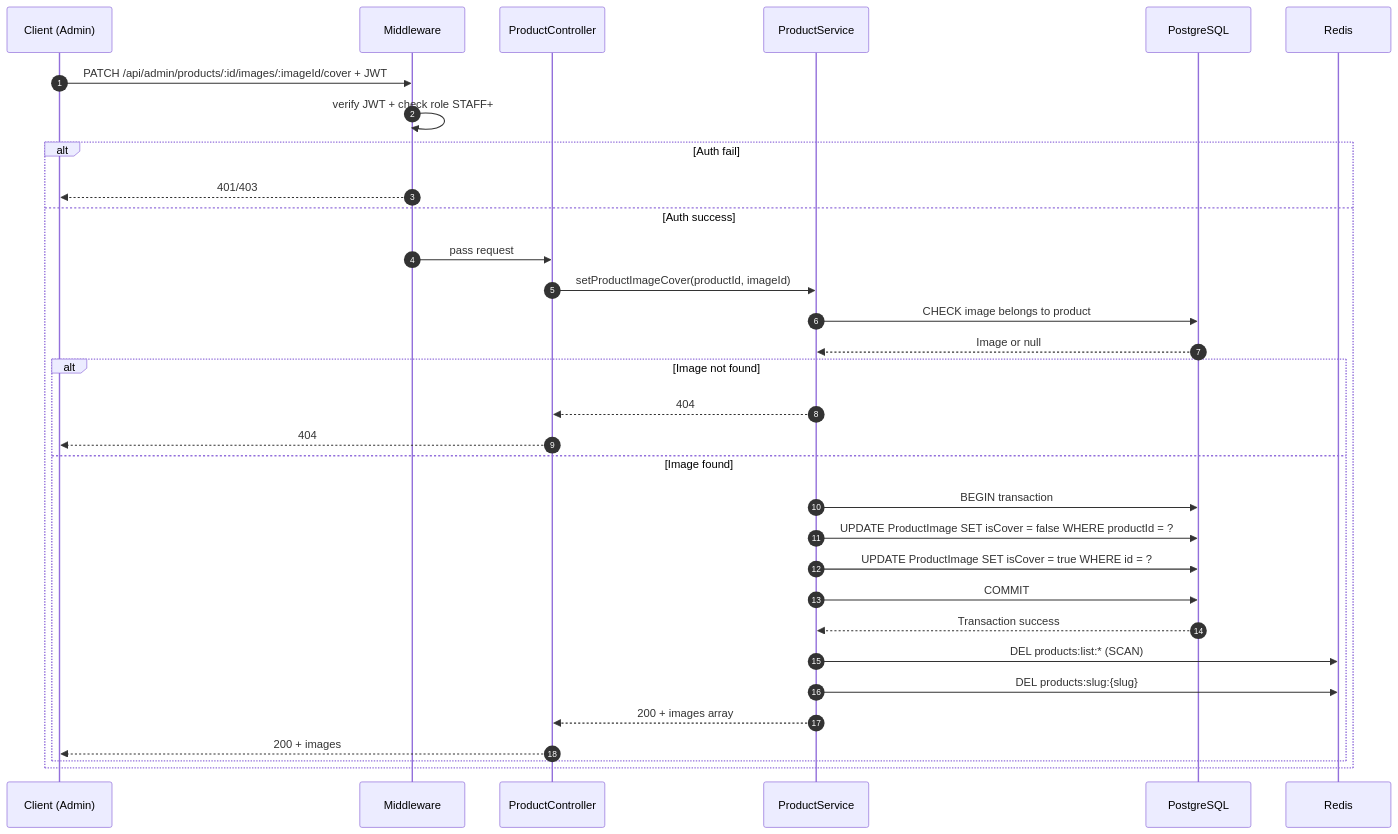
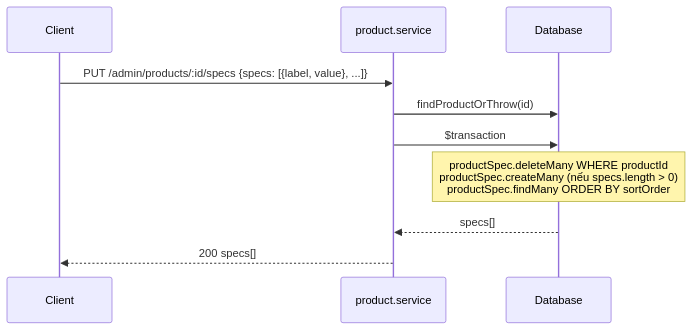
One commit to phamvinh203/mobivexa changed the sixth of 7 diagrams in docs/Product/SequenceDiagram.md. Above: the diagram before and after it, drawn with Mermaid. The commit also changed other lines of this file and 79 other files, not shown here.

Commit message:
📜 Add documentation for Inventory and Favorite modules including Use Cases, API Specifications, and Activity Diagrams

````diff
--- a/docs/Product/SequenceDiagram.md
+++ b/docs/Product/SequenceDiagram.md
@@ -460,35 +130,13 @@
 ```mermaid
 sequenceDiagram
-    autonumber
-    participant C as Client (Admin)
-    participant M as Middleware
-    participant API as ProductController
-    participant S as ProductService
-    participant DB as PostgreSQL
-    participant R as Redis
+    participant C as Client
+    participant S as product.service
+    participant DB as Database
 
-    C->>M: PATCH /api/admin/products/:id/images/:imageId/cover + JWT
-    M->>M: verify JWT + check role STAFF+
-    alt Auth fail
-        M-->>C: 401/403
-    else Auth success
-        M->>API: pass request
-        API->>S: setProductImageCover(productId, imageId)
-        S->>DB: CHECK image belongs to product
-        DB-->>S: Image or null
-        alt Image not found
-            S-->>API: 404
-            API-->>C: 404
-        else Image found
-            S->>DB: BEGIN transaction
-            S->>DB: UPDATE ProductImage SET isCover = false WHERE productId = ?
-            S->>DB: UPDATE ProductImage SET isCover = true WHERE id = ?
-            S->>DB: COMMIT
-            DB-->>S: Transaction success
-            S->>R: DEL products:list:* (SCAN)
-            S->>R: DEL products:slug:{slug}
-            S-->>API: 200 + images array
-            API-->>C: 200 + images
-        end
-    end
+    C->>S: PUT /admin/products/:id/specs {specs: [{label, value}, ...]}
+    S->>DB: findProductOrThrow(id)
+    S->>DB: $transaction
+    Note over DB: productSpec.deleteMany WHERE productId<br/>productSpec.createMany (nếu specs.length > 0)<br/>productSpec.findMany ORDER BY sortOrder
+    DB-->>S: specs[]
+    S-->>C: 200 specs[]
 ```
````
